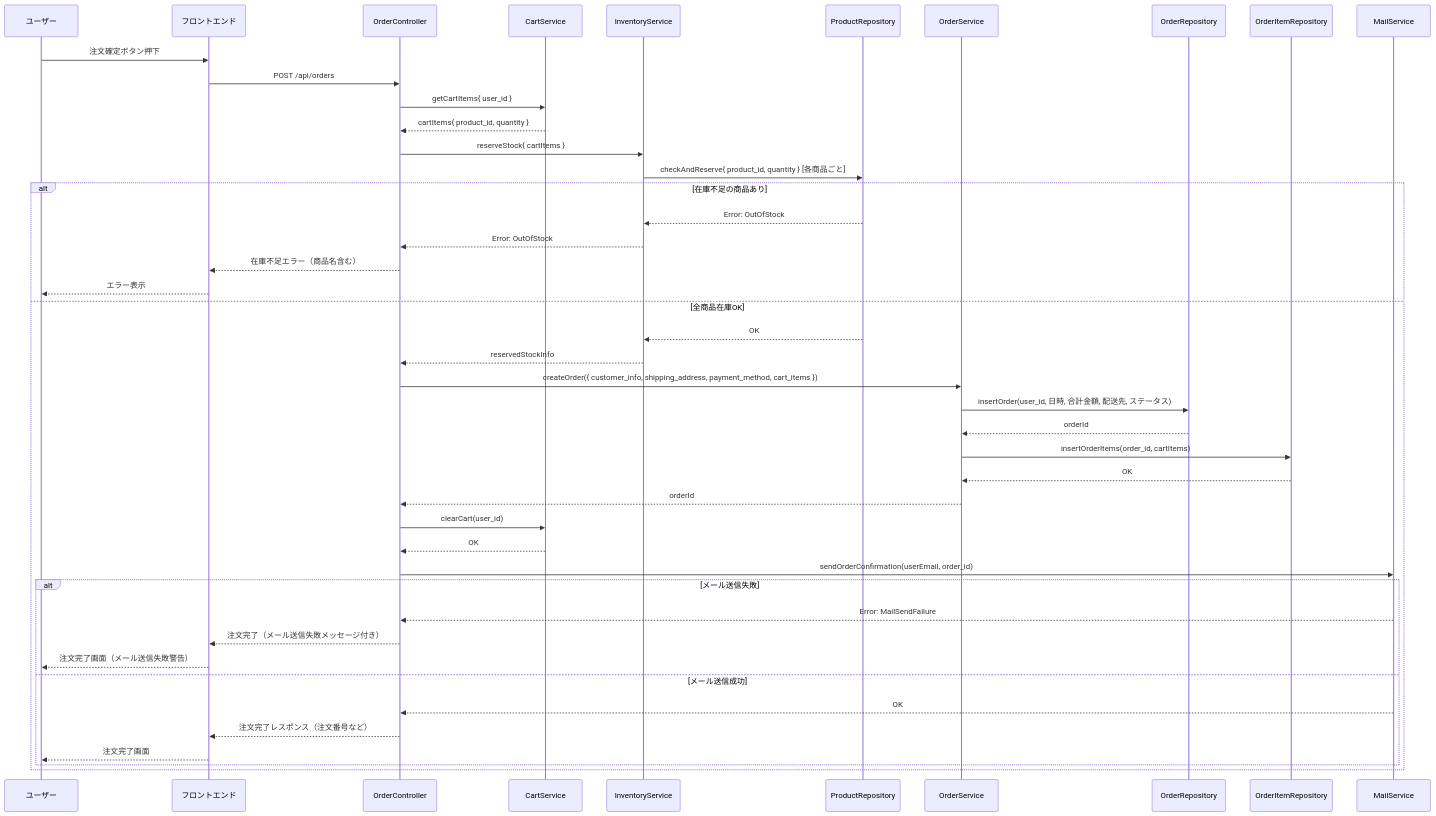
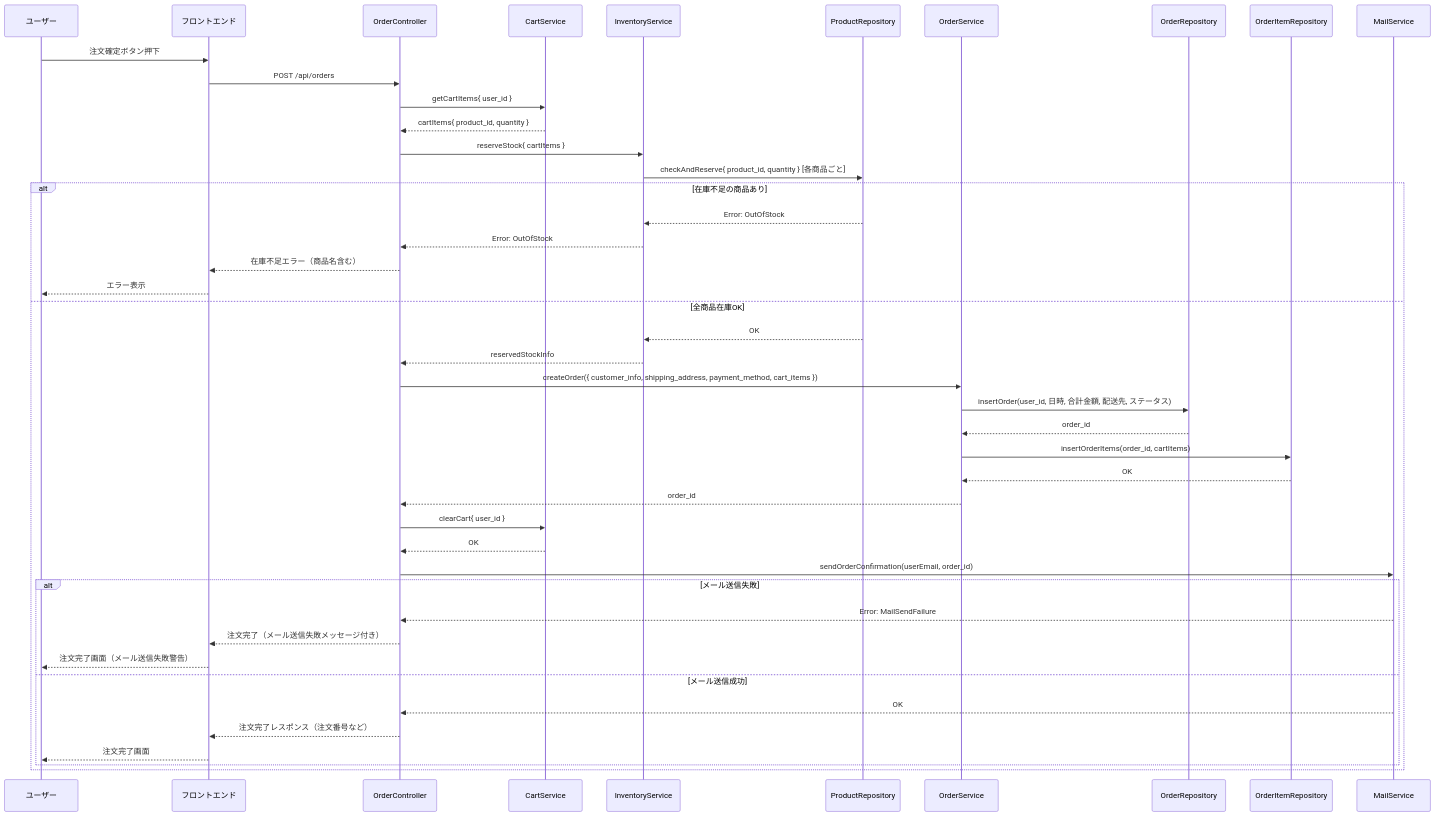
One commit to Aoi-Yaegashi/teamF changed the eighth of 36 diagrams in 詳細設計/提出用/詳細設計書.md. Above: the diagram before and after it, drawn with Mermaid. The commit also changed other lines of this file, not shown here.

```diff
--- a/詳細設計/提出用/詳細設計書.md
+++ b/詳細設計/提出用/詳細設計書.md
@@ -600,50 +600,50 @@
    <div class="mermaid">
 sequenceDiagram
     participant User as ユーザー
     participant FE as フロントエンド
     participant OC as OrderController
     participant CS as CartService
     participant IS as InventoryService
     participant PR as ProductRepository
     participant OS as OrderService
     participant OR as OrderRepository
     participant OIR as OrderItemRepository
     participant MS as MailService
 
     User->>FE: 注文確定ボタン押下
     FE->>OC: POST /api/orders
     OC->>CS: getCartItems{ user_id }
     CS-->>OC: cartItems{ product_id, quantity }
 
     OC->>IS: reserveStock{ cartItems }
     IS->>PR: checkAndReserve{ product_id, quantity } [各商品ごと]
     alt 在庫不足の商品あり
         PR-->>IS: Error: OutOfStock
         IS-->>OC: Error: OutOfStock
         OC-->>FE: 在庫不足エラー（商品名含む）
         FE-->>User: エラー表示
     else 全商品在庫OK
         PR-->>IS: OK
         IS-->>OC: reservedStockInfo
         OC->>OS: createOrder({ customer_info, shipping_address, payment_method, cart_items })
         OS->>OR: insertOrder(user_id, 日時, 合計金額, 配送先, ステータス)
-        OR-->>OS: orderId
+        OR-->>OS: order_id
         OS->>OIR: insertOrderItems(order_id, cartItems)
         OIR-->>OS: OK
-        OS-->>OC: orderId
+        OS-->>OC: order_id
 
-        OC->>CS: clearCart(user_id)
+        OC->>CS: clearCart{ user_id }
         CS-->>OC: OK
 
         OC->>MS: sendOrderConfirmation(userEmail, order_id)
         alt メール送信失敗
             MS-->>OC: Error: MailSendFailure
             OC-->>FE: 注文完了（メール送信失敗メッセージ付き）
             FE-->>User: 注文完了画面（メール送信失敗警告）
         else メール送信成功
             MS-->>OC: OK
             OC-->>FE: 注文完了レスポンス（注文番号など）
             FE-->>User: 注文完了画面
         end
     end
 </div>
```
